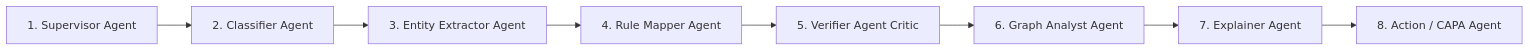
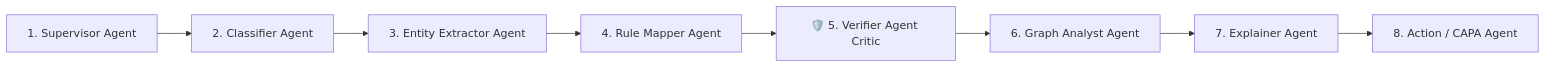
The second of 5 diagrams in understandsanketai.md (priy-anshugupta/Sanket-AI), drawn with Mermaid before and after one commit. The commit also changed other lines of this file, not shown here.

Commit message:
docs: add detailed 8-Agent Swarm and VerifierAgent deep dive to master documentation

````diff
--- a/understandsanketai.md
+++ b/understandsanketai.md
@@ -122,10 +123,10 @@
 ```mermaid
 graph LR
     A[1. Supervisor Agent] --> B[2. Classifier Agent]
     B --> C[3. Entity Extractor Agent]
     C --> D[4. Rule Mapper Agent]
-    D --> E[5. Verifier Agent Critic]
+    D --> E[🛡️ 5. Verifier Agent Critic]
     E --> F[6. Graph Analyst Agent]
     F --> G[7. Explainer Agent]
     G --> H[8. Action / CAPA Agent]
 ```
````
